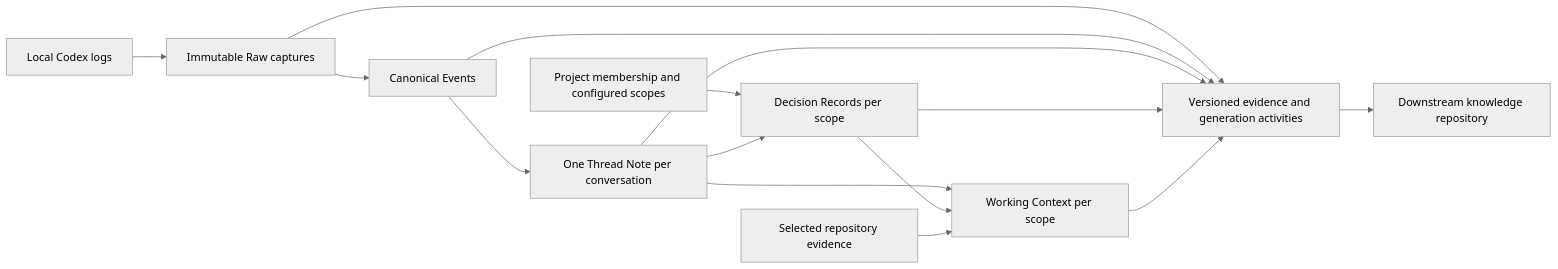
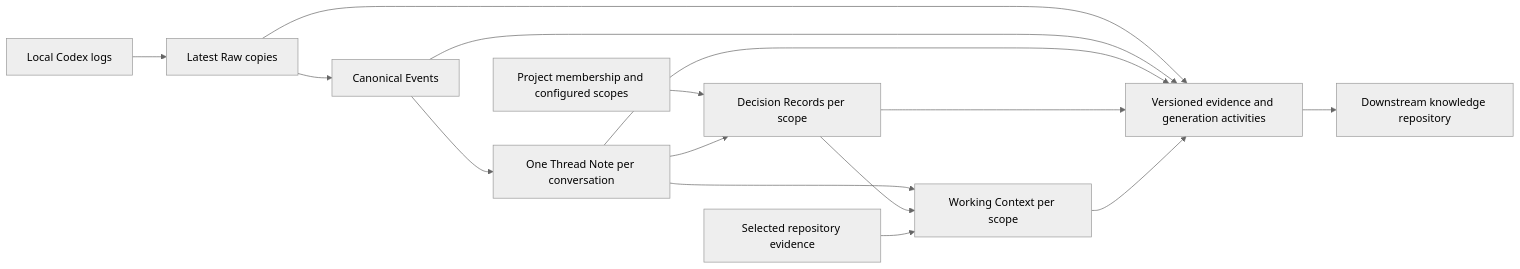
One commit to tuckn/tkn_codex_chat_note_pipeline changed the first of 5 diagrams in README.md. Above: the diagram before and after it, drawn with Mermaid (neutral theme). The commit also changed other lines of this file and 9 other files, not shown here.

````diff
--- a/README.md
+++ b/README.md
@@ -21,17 +21,17 @@
 ```mermaid
 flowchart LR
-    S[Local Codex logs] --> R[Immutable Raw captures]
+    S[Local Codex logs] --> R[Latest Raw copies]
     R --> E[Canonical Events]
     E --> T[One Thread Note per conversation]
     M[Project membership and configured scopes] --> D[Decision Records per scope]
     T --> D
     T --> W[Working Context per scope]
     D --> W
     F[Selected repository evidence] --> W
     R --> P[Versioned evidence and generation activities]
     E --> P
     T --> P
     D --> P
     W --> P
     P --> K[Downstream knowledge repository]
 ```
````
